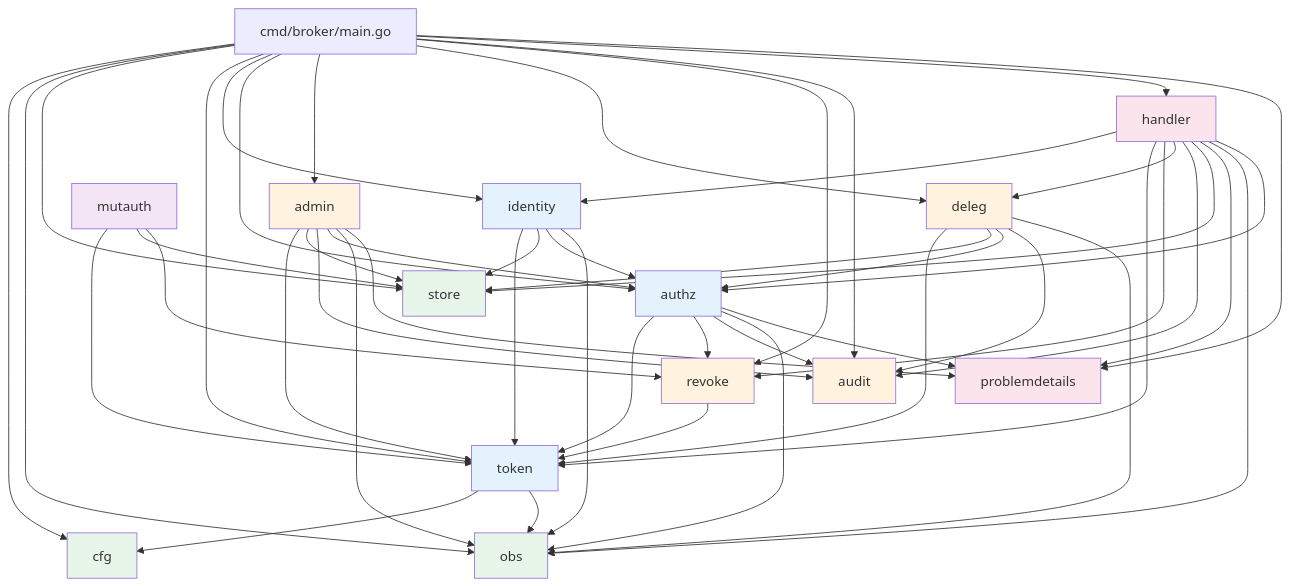
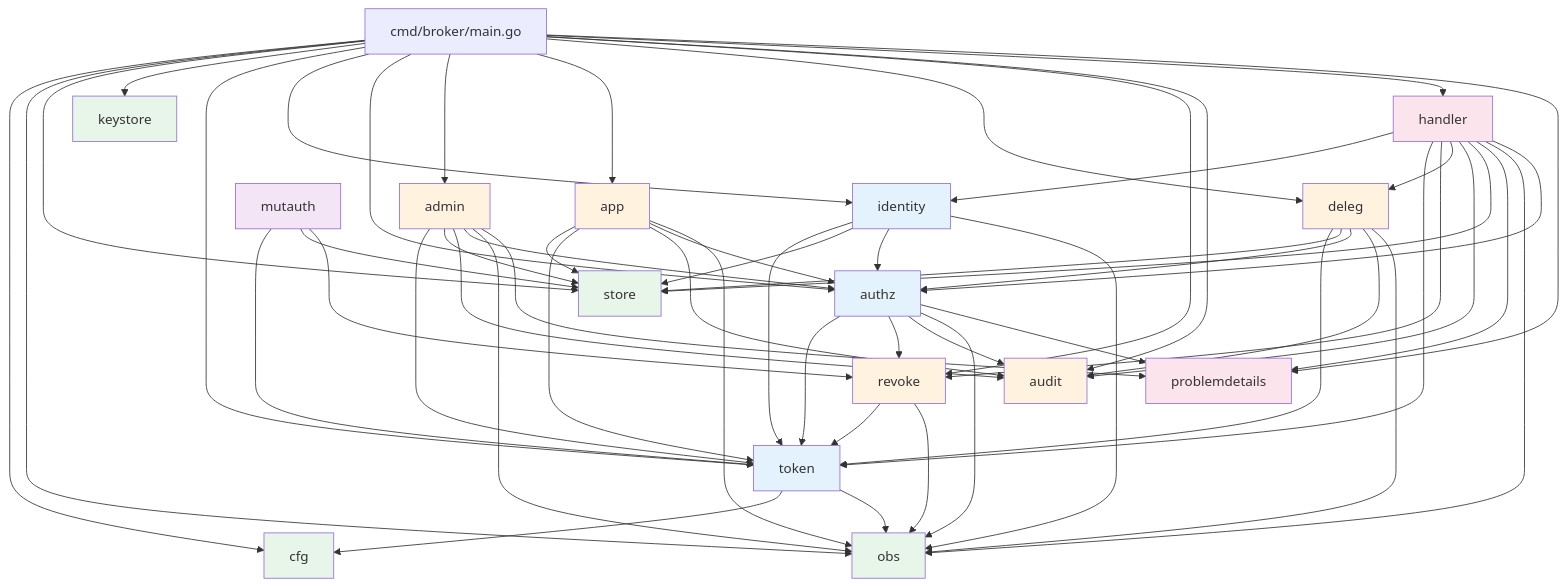
Before and after one commit to devonartis/agentwrit: the third of 7 diagrams in docs/architecture.md, drawn with Mermaid. The commit also changed other lines of this file and 9 other files, not shown here.

````diff
--- a/docs/architecture.md
+++ b/docs/architecture.md
@@ -133,10 +135,12 @@
     MAIN_B["cmd/broker/main.go"] --> CFG
     MAIN_B --> OBS
     MAIN_B --> STORE
+    MAIN_B --> KEYSTORE
     MAIN_B --> TOKEN
     MAIN_B --> IDENTITY
     MAIN_B --> AUTHZ
     MAIN_B --> ADMIN
+    MAIN_B --> APP
     MAIN_B --> DELEG
     MAIN_B --> REVOKE
     MAIN_B --> AUDIT
@@ -177,10 +181,19 @@
     DELEG --> AUDIT
     DELEG --> OBS
 
+    APP["app"] --> STORE
+    APP --> TOKEN
+    APP --> AUDIT
+    APP --> AUTHZ
+    APP --> OBS
+
     REVOKE["revoke"] --> TOKEN
+    REVOKE --> OBS
 
     TOKEN["token"] --> CFG
     TOKEN --> OBS
+
+    KEYSTORE["keystore"]
 
     MUTAUTH["mutauth"] --> TOKEN
     MUTAUTH --> STORE
@@ -198,9 +211,9 @@
     classDef transport fill:#fce4ec
     classDef protocol fill:#f3e5f5
 
-    class CFG,OBS,STORE foundation
+    class CFG,OBS,STORE,KEYSTORE foundation
     class TOKEN,IDENTITY,AUTHZ security
-    class ADMIN,DELEG,REVOKE,AUDIT domain
+    class ADMIN,APP,DELEG,REVOKE,AUDIT domain
     class HANDLER,PD transport
     class MUTAUTH protocol
 ```
````
